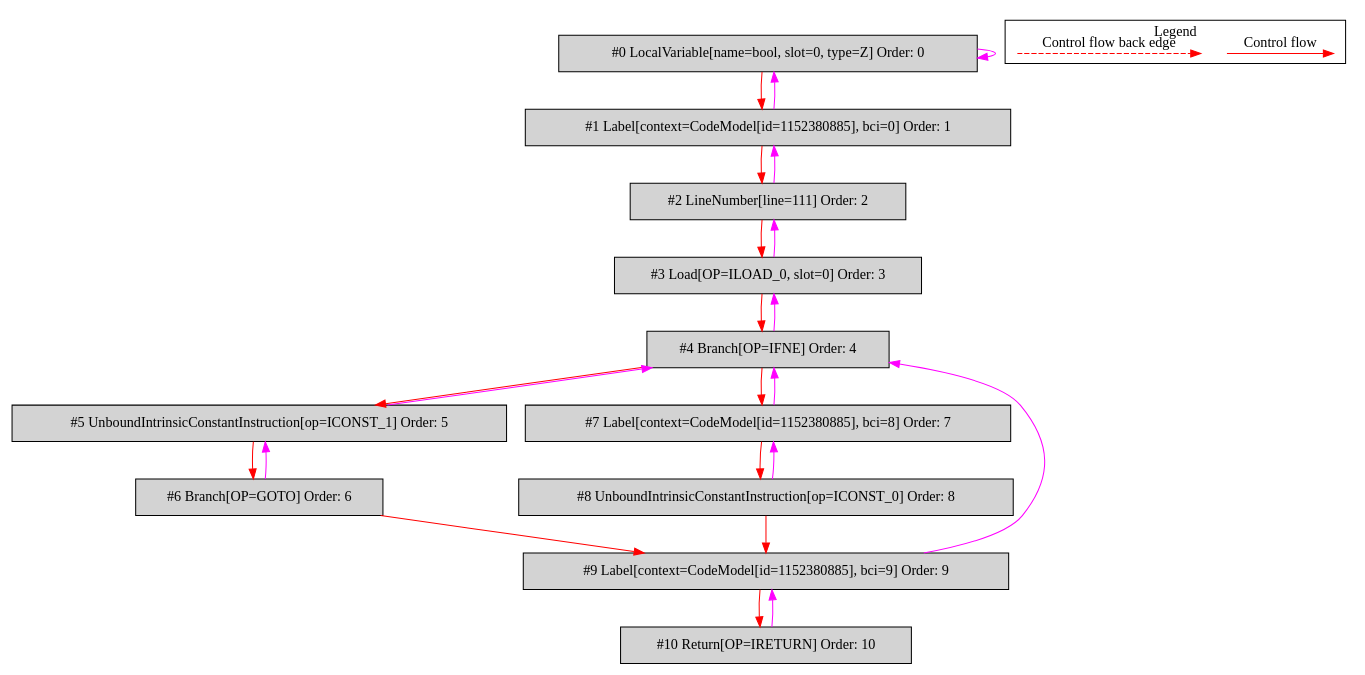
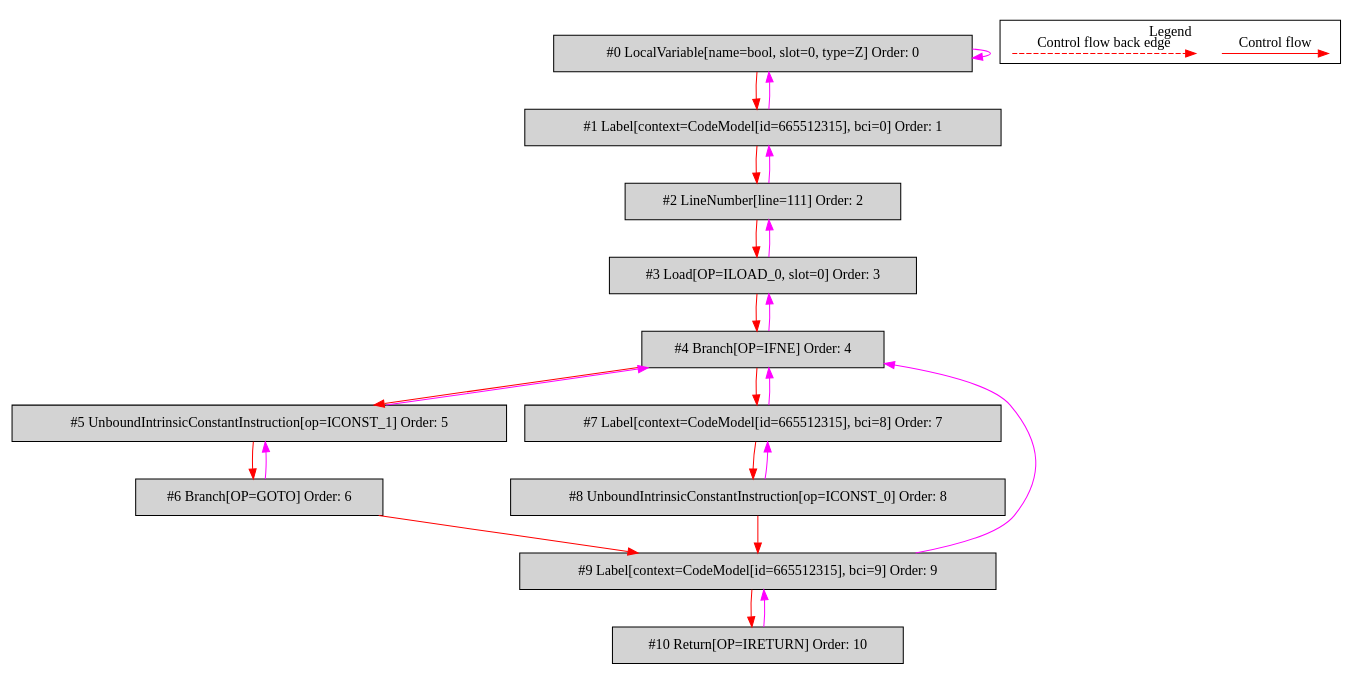
The diagram in de.mirkosertic.metair.ir.examples.MethodInvokeTest/staticReturnBoolean/bytecodecfg.dot (mirkosertic/MetaIR), drawn with Graphviz before and after one commit. The commit also changed 433 other files, not shown here.

```diff
--- a/de.mirkosertic.metair.ir.examples.MethodInvokeTest/staticReturnBoolean/bytecodecfg.dot
+++ b/de.mirkosertic.metair.ir.examples.MethodInvokeTest/staticReturnBoolean/bytecodecfg.dot
@@ -1,50 +1,50 @@
 digraph {
  ordering="in";
  node0[label="#0 LocalVariable[name=bool, slot=0, type=Z] Order: 0", shape=box, fillcolor=lightgrey, style=filled];
- node1[label="#1 Label[context=CodeModel[id=1152380885], bci=0] Order: 1", shape=box, fillcolor=lightgrey, style=filled];
+ node1[label="#1 Label[context=CodeModel[id=665512315], bci=0] Order: 1", shape=box, fillcolor=lightgrey, style=filled];
  node2[label="#2 LineNumber[line=111] Order: 2", shape=box, fillcolor=lightgrey, style=filled];
  node3[label="#3 Load[OP=ILOAD_0, slot=0] Order: 3", shape=box, fillcolor=lightgrey, style=filled];
  node4[label="#4 Branch[OP=IFNE] Order: 4", shape=box, fillcolor=lightgrey, style=filled];
  node5[label="#5 UnboundIntrinsicConstantInstruction[op=ICONST_1] Order: 5", shape=box, fillcolor=lightgrey, style=filled];
  node6[label="#6 Branch[OP=GOTO] Order: 6", shape=box, fillcolor=lightgrey, style=filled];
- node7[label="#7 Label[context=CodeModel[id=1152380885], bci=8] Order: 7", shape=box, fillcolor=lightgrey, style=filled];
+ node7[label="#7 Label[context=CodeModel[id=665512315], bci=8] Order: 7", shape=box, fillcolor=lightgrey, style=filled];
  node8[label="#8 UnboundIntrinsicConstantInstruction[op=ICONST_0] Order: 8", shape=box, fillcolor=lightgrey, style=filled];
- node9[label="#9 Label[context=CodeModel[id=1152380885], bci=9] Order: 9", shape=box, fillcolor=lightgrey, style=filled];
+ node9[label="#9 Label[context=CodeModel[id=665512315], bci=9] Order: 9", shape=box, fillcolor=lightgrey, style=filled];
  node10[label="#10 Return[OP=IRETURN] Order: 10", shape=box, fillcolor=lightgrey, style=filled];
  node0 -> node0[color=fuchsia];
  node0 -> node1[color=red];
  node1 -> node0[color=fuchsia];
  node1 -> node2[color=red];
  node2 -> node1[color=fuchsia];
  node2 -> node3[color=red];
  node3 -> node2[color=fuchsia];
  node3 -> node4[color=red];
  node4 -> node3[color=fuchsia];
  node4 -> node5[color=red];
  node5 -> node4[color=fuchsia];
  node5 -> node6[color=red];
  node6 -> node5[color=fuchsia];
  node4 -> node7[color=red];
  node7 -> node4[color=fuchsia];
  node7 -> node8[color=red];
  node8 -> node7[color=fuchsia];
  node6 -> node9[color=red];
  node8 -> node9[color=red];
  node9 -> node4[color=fuchsia];
  node9 -> node10[color=red];
  node10 -> node9[color=fuchsia];
  subgraph cluster_000 {
   label = "Legend";
   node [shape=point]
   {
    rank=same;
    c0 [style = invis];
    c1 [style = invis];
    c2 [style = invis];
    c3 [style = invis];
   }
   c0 -> c1 [label="Control flow", style=solid, color=red]
   c2 -> c3 [label="Control flow back edge", style=dashed, color=red]
  }
 
 }
```
